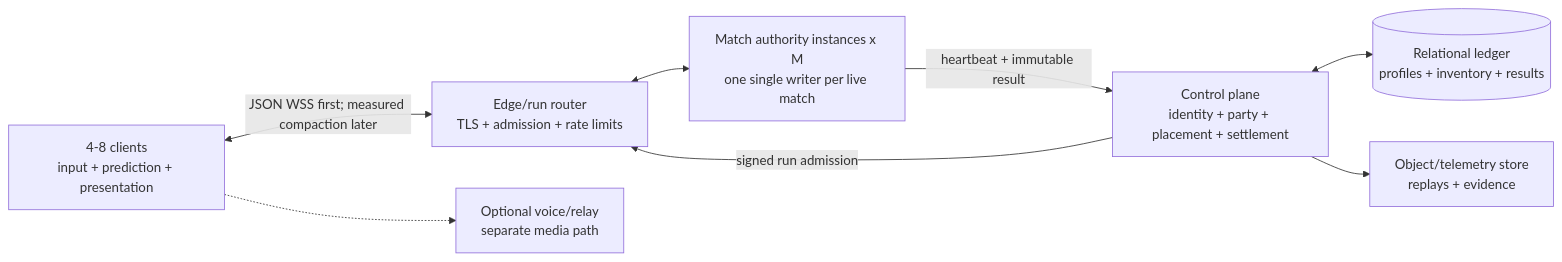
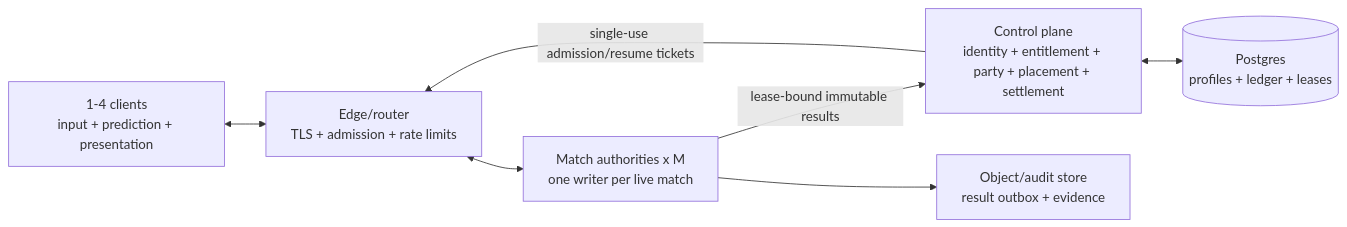
One commit to theysayheygreg/last-black-hole changed the diagram in docs/v0.4/ARCHITECTURE.md. Above: the diagram before and after it, drawn with Mermaid. The commit also changed other lines of this file and 2 other files, not shown here.

Commit message:
Docs: reconcile v0.4 multiplayer architecture

````diff
--- a/docs/v0.4/ARCHITECTURE.md
+++ b/docs/v0.4/ARCHITECTURE.md
@@ -86,18 +47,16 @@
 ```mermaid
 flowchart LR
-    C["4-8 clients\ninput + prediction + presentation"]
-    E["Edge/run router\nTLS + admission + rate limits"]
-    S["Match authority instances x M\none single writer per live match"]
-    P["Control plane\nidentity + party + placement + settlement"]
-    D[("Relational ledger\nprofiles + inventory + results")]
-    O["Object/telemetry store\nreplays + evidence"]
-    V["Optional voice/relay\nseparate media path"]
+    C["1-4 clients\ninput + prediction + presentation"]
+    E["Edge/router\nTLS + admission + rate limits"]
+    CP["Control plane\nidentity + entitlement + party + placement + settlement"]
+    A["Match authorities x M\none writer per live match"]
+    DB[("Postgres\nprofiles + ledger + leases")]
+    O["Object/audit store\nresult outbox + evidence"]
 
-    C <-->|"JSON WSS first; measured compaction later"| E
-    E <--> S
-    P -->|"signed run admission"| E
-    S -->|"heartbeat + immutable result"| P
-    P <--> D
-    P --> O
-    C -.-> V
+    C <--> E
+    E <--> A
+    CP -->|"single-use admission/resume tickets"| E
+    CP <--> DB
+    A -->|"lease-bound immutable results"| CP
+    A --> O
 ```
````
